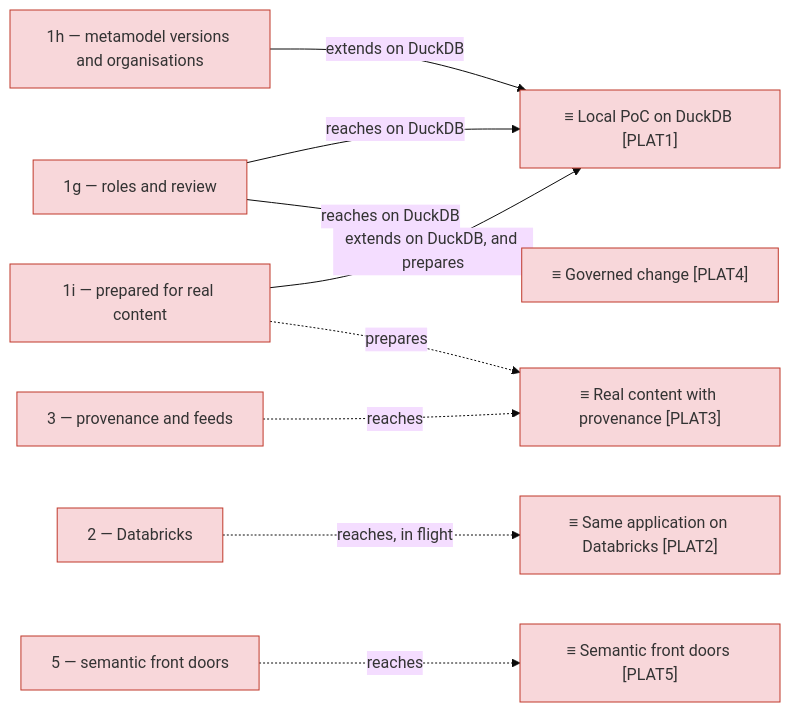
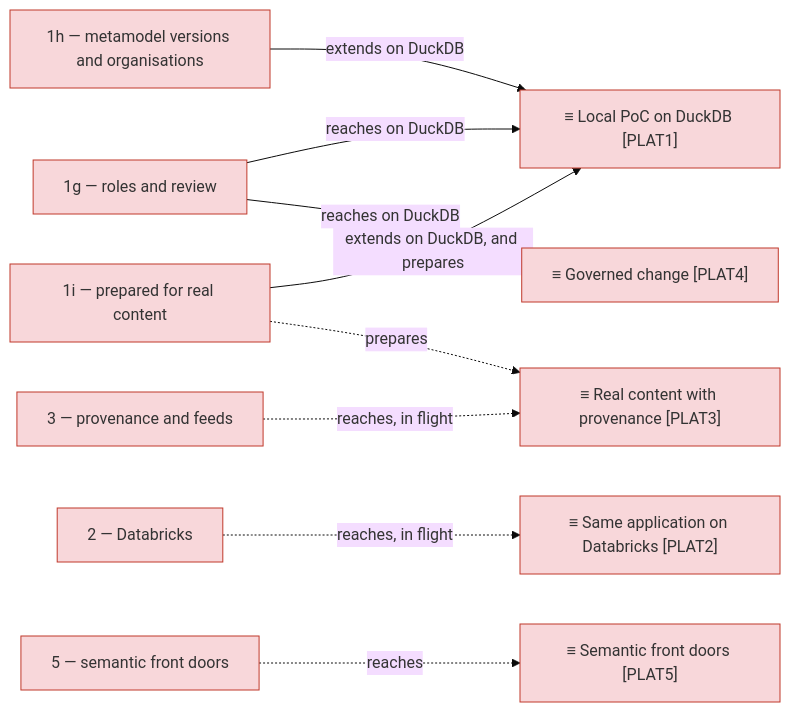
Before and after one commit to roanboc/dbx-enterprise-architecture: the third of 3 diagrams in architecture/6_transition/2_sequence.md, drawn with Mermaid (base theme). The commit also changed other lines of this file and 12 other files, not shown here.

````diff
--- a/architecture/6_transition/2_sequence.md
+++ b/architecture/6_transition/2_sequence.md
@@ -52,24 +52,24 @@
 ```mermaid
 flowchart LR
   s1g["1g — roles and review"]:::implementation
   s1h["1h — metamodel versions and organisations"]:::implementation
   s1i["1i — prepared for real content"]:::implementation
   s2["2 — Databricks"]:::implementation
   s3["3 — provenance and feeds"]:::implementation
   s5["5 — semantic front doors"]:::implementation
   p1["≡ Local PoC on DuckDB [PLAT1]"]:::implementation
   p2["≡ Same application on Databricks [PLAT2]"]:::implementation
   p3["≡ Real content with provenance [PLAT3]"]:::implementation
   p4["≡ Governed change [PLAT4]"]:::implementation
   p5["≡ Semantic front doors [PLAT5]"]:::implementation
   s1g -->|reaches on DuckDB| p1
   s1g -->|reaches on DuckDB| p4
   s1h -->|extends on DuckDB| p1
   s1i -->|extends on DuckDB, and prepares| p1
   s1i -.->|prepares| p3
   s2 -.->|reaches, in flight| p2
-  s3 -.->|reaches| p3
+  s3 -.->|reaches, in flight| p3
   s5 -.->|reaches| p5
 
   classDef implementation fill:#f8d7da,stroke:#c0392b,color:#333
 ```
````
